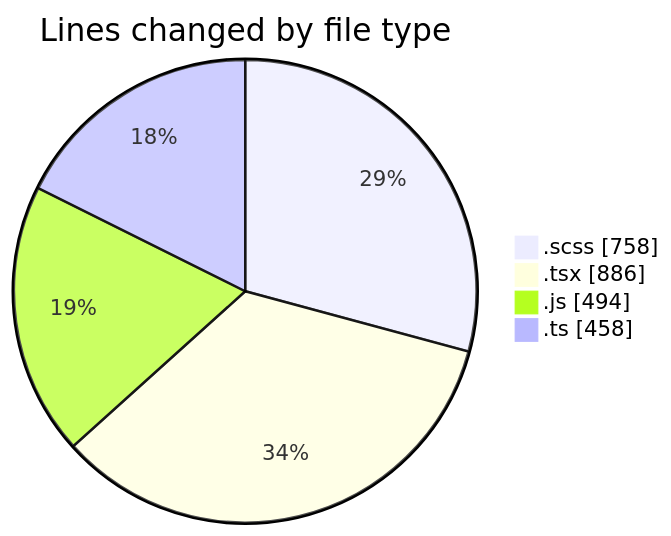
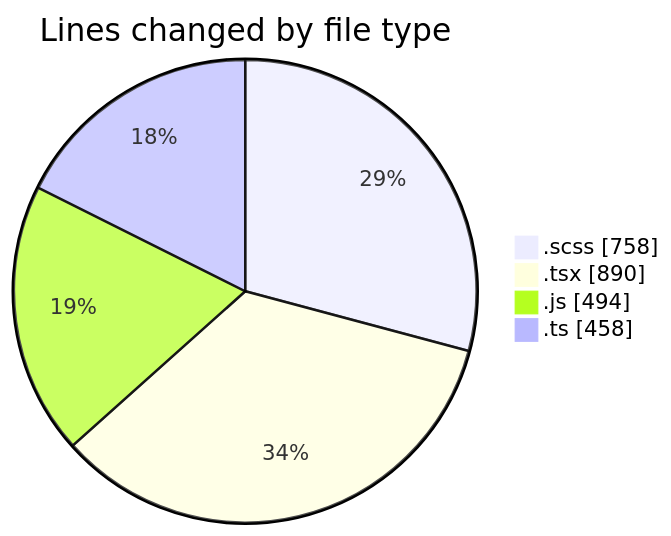
The first of 2 diagrams in 2025-03-14/cda/README.md (momahboobian/code-tracking), drawn with Mermaid before and after one commit. The commit also changed other lines of this file and 1 other file, not shown here.

````diff
--- a/2025-03-14/cda/README.md
+++ b/2025-03-14/cda/README.md
@@ -34,8 +34,8 @@
 ```mermaid
 pie showData
 title Lines changed by file type
 ".scss" : 758
-".tsx" : 886
+".tsx" : 890
 ".js" : 494
 ".ts" : 458
 ```
````
